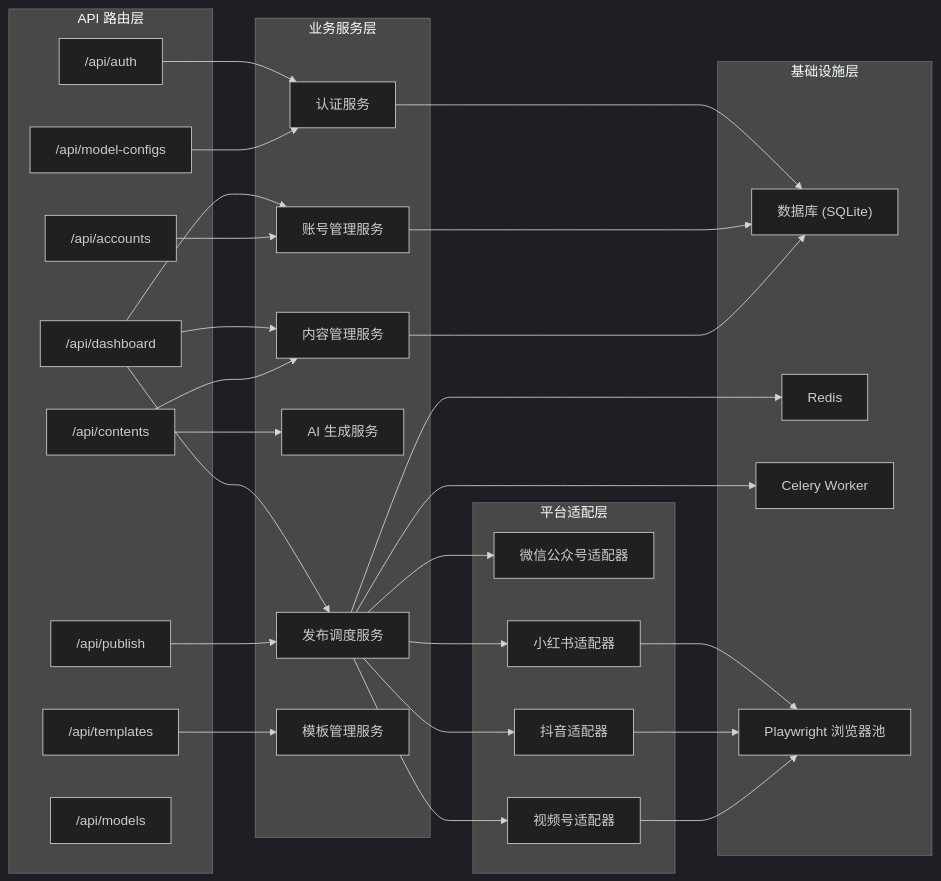
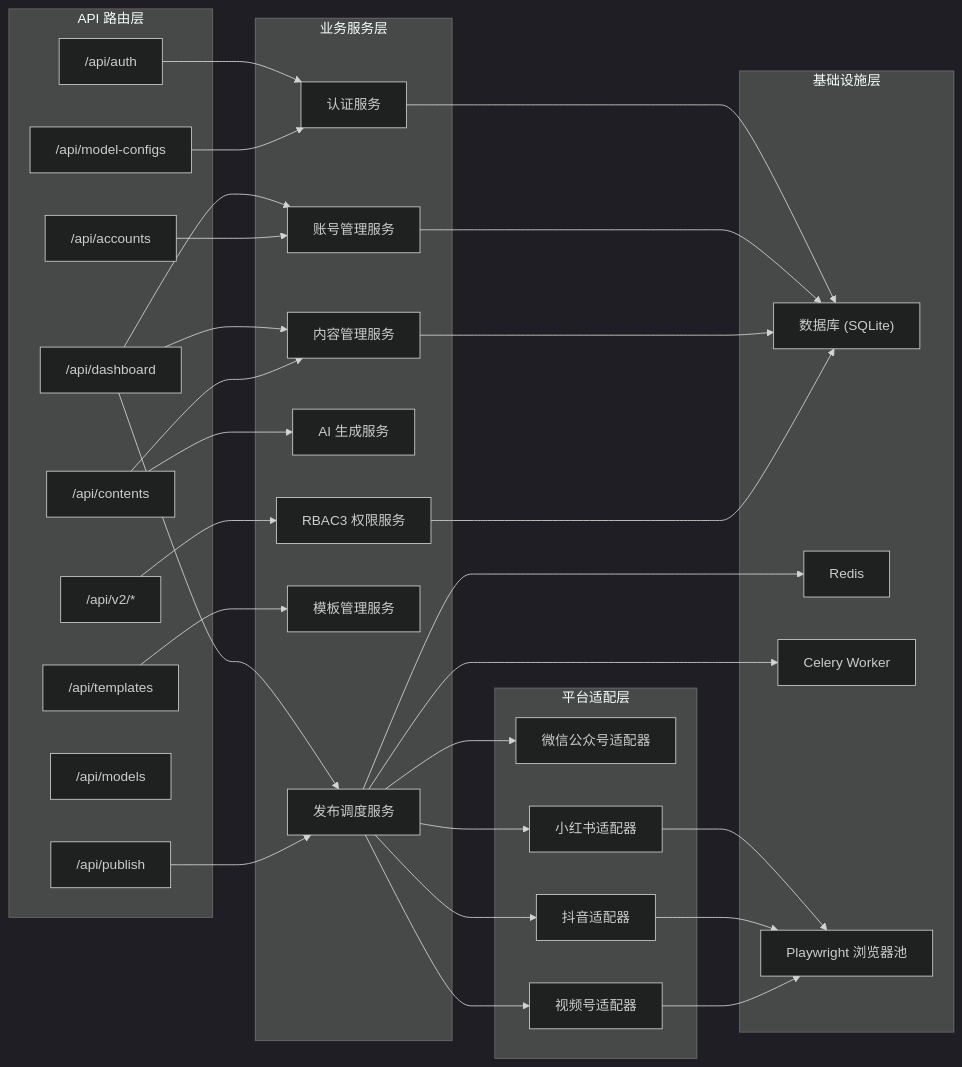
The second of 3 diagrams in .trae/documents/Technical-Architecture.md (zhangming123456/ai-multi-platform-release), drawn with Mermaid (dark theme) before and after one commit. The commit also changed other lines of this file and 49 other files, not shown here.

````diff
--- a/.trae/documents/Technical-Architecture.md
+++ b/.trae/documents/Technical-Architecture.md
@@ -413,61 +238,65 @@
 ```mermaid
 flowchart LR
     subgraph API_Layer["API 路由层"]
         AuthRouter["/api/auth"]
         DashboardRouter["/api/dashboard"]
         AccountRouter["/api/accounts"]
         ContentRouter["/api/contents"]
         PublishRouter["/api/publish"]
         TemplateRouter["/api/templates"]
         ModelConfigRouter["/api/model-configs"]
         ModelsRouter["/api/models"]
+        RBACRouter["/api/v2/*"]
     end
 
     subgraph Service_Layer["业务服务层"]
         AuthService["认证服务"]
         AccountService["账号管理服务"]
         ContentService["内容管理服务"]
         AIService["AI 生成服务"]
         PublishService["发布调度服务"]
         TemplateService["模板管理服务"]
+        RBACService["RBAC3 权限服务"]
     end
 
     subgraph Adapter_Layer["平台适配层"]
         WeChatAdapter["微信公众号适配器"]
         XHSAdapter["小红书适配器"]
         DouyinAdapter["抖音适配器"]
         VideoAdapter["视频号适配器"]
     end
 
     subgraph Infra["基础设施层"]
         DB_Layer["数据库 (SQLite)"]
         Redis_Layer["Redis"]
         Celery_Layer["Celery Worker"]
         Playwright_Layer["Playwright 浏览器池"]
     end
 
     AuthRouter --> AuthService
     DashboardRouter --> AccountService
     DashboardRouter --> ContentService
     DashboardRouter --> PublishService
     AccountRouter --> AccountService
     ContentRouter --> ContentService
     ContentRouter --> AIService
     PublishRouter --> PublishService
     TemplateRouter --> TemplateService
     ModelConfigRouter --> AuthService
+    RBACRouter --> RBACService
 
     PublishService --> WeChatAdapter
     PublishService --> XHSAdapter
     PublishService --> DouyinAdapter
     PublishService --> VideoAdapter
 
     AuthService --> DB_Layer
     AccountService --> DB_Layer
     ContentService --> DB_Layer
+    RBACService --> DB_Layer
     PublishService --> Redis_Layer
     PublishService --> Celery_Layer
     XHSAdapter --> Playwright_Layer
     DouyinAdapter --> Playwright_Layer
     VideoAdapter --> Playwright_Layer
 ```
````
